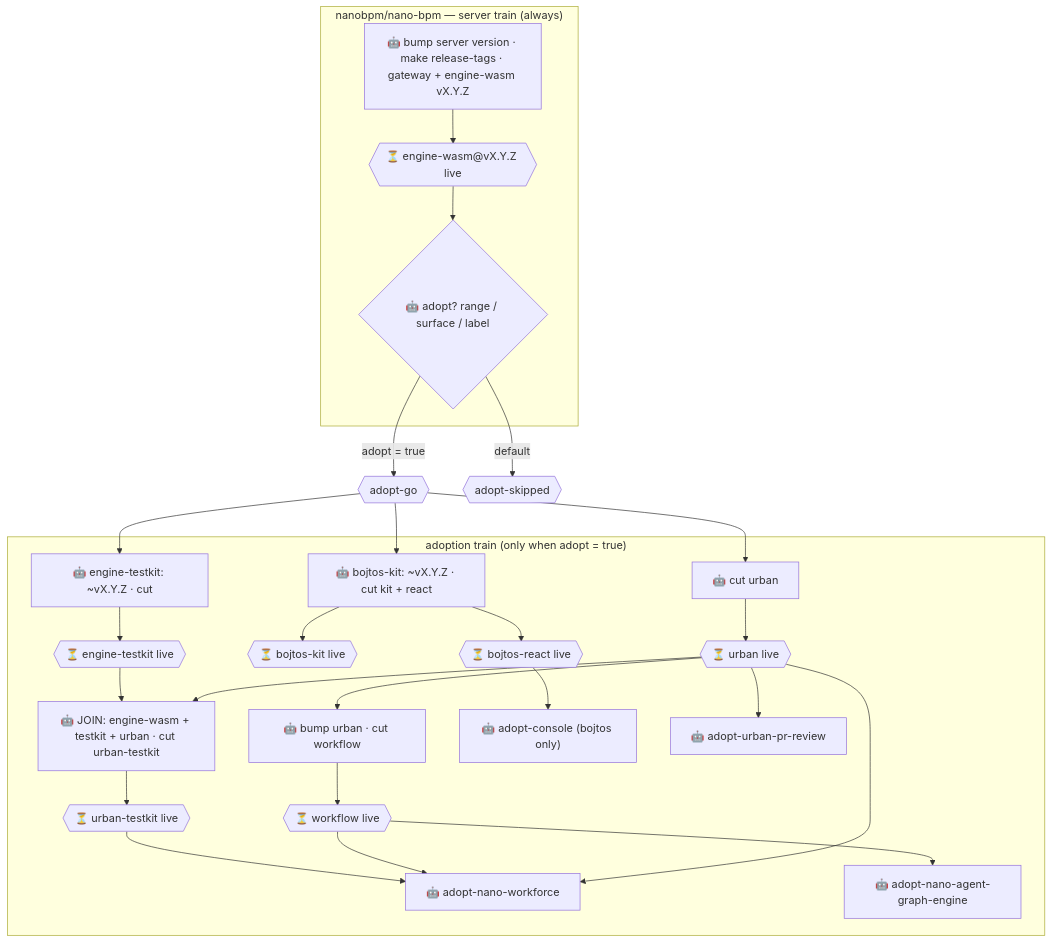
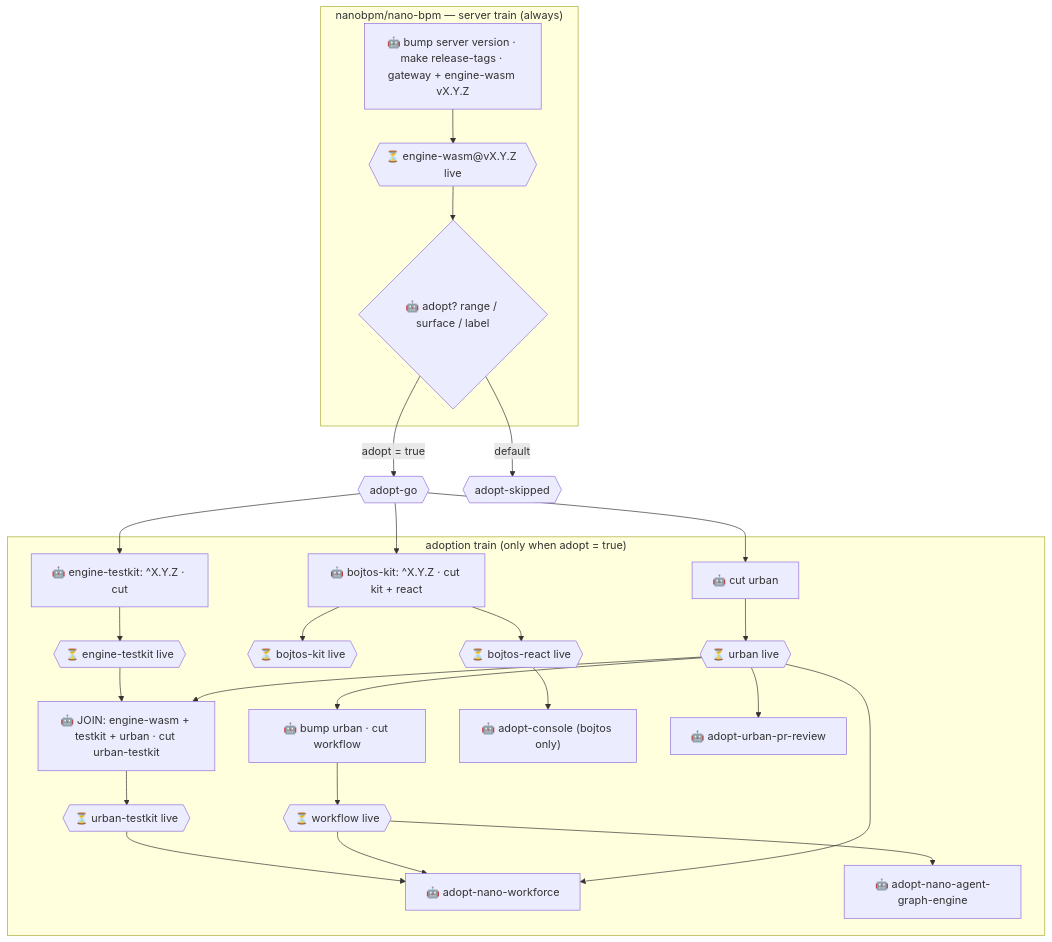
The diagram in README.md (nanobpm/wasm-engine-release-graph), drawn with Mermaid before and after one commit. The commit also changed other lines of this file and 1 other file, not shown here.

Commit message:
docs(graph): coupled versions start at v0.12.0 (engine-wasm 0.1.0-0.11.2 already published)

````diff
--- a/README.md
+++ b/README.md
@@ -79,33 +85,33 @@
 ```mermaid
 flowchart TD
   subgraph server["nanobpm/nano-bpm — server train (always)"]
     srv-release["🤖 bump server version · make release-tags · gateway + engine-wasm vX.Y.Z"] --> srv-live{{"⏳ engine-wasm@vX.Y.Z live"}}
     srv-live --> adopt-decision{"🤖 adopt? range / surface / label"}
   end
   adopt-decision -- "adopt = true" --> adopt-go{{"adopt-go"}}
   adopt-decision -- "default" --> adopt-skipped{{"adopt-skipped"}}
   subgraph downstream["adoption train (only when adopt = true)"]
-    et-release["🤖 engine-testkit: ~vX.Y.Z · cut"] --> et-live{{"⏳ engine-testkit live"}}
-    bk-release["🤖 bojtos-kit: ~vX.Y.Z · cut kit + react"] --> bk-live{{"⏳ bojtos-kit live"}}
+    et-release["🤖 engine-testkit: ^X.Y.Z · cut"] --> et-live{{"⏳ engine-testkit live"}}
+    bk-release["🤖 bojtos-kit: ^X.Y.Z · cut kit + react"] --> bk-live{{"⏳ bojtos-kit live"}}
     bk-release --> br-live{{"⏳ bojtos-react live"}}
     urban-release["🤖 cut urban"] --> urban-live{{"⏳ urban live"}}
     wf-bump["🤖 bump urban · cut workflow"] --> wf-live{{"⏳ workflow live"}}
     ut-bump["🤖 JOIN: engine-wasm + testkit + urban · cut urban-testkit"] --> ut-live{{"⏳ urban-testkit live"}}
     adopt-console["🤖 adopt-console (bojtos only)"]
     adopt-nwf["🤖 adopt-nano-workforce"]
     adopt-upr["🤖 adopt-urban-pr-review"]
     adopt-nage["🤖 adopt-nano-agent-graph-engine"]
   end
   adopt-go --> et-release
   adopt-go --> bk-release
   adopt-go --> urban-release
   urban-live --> wf-bump
   et-live --> ut-bump
   urban-live --> ut-bump
   br-live --> adopt-console
   ut-live --> adopt-nwf
   wf-live --> adopt-nwf
   urban-live --> adopt-nwf
   urban-live --> adopt-upr
   wf-live --> adopt-nage
 ```
````
